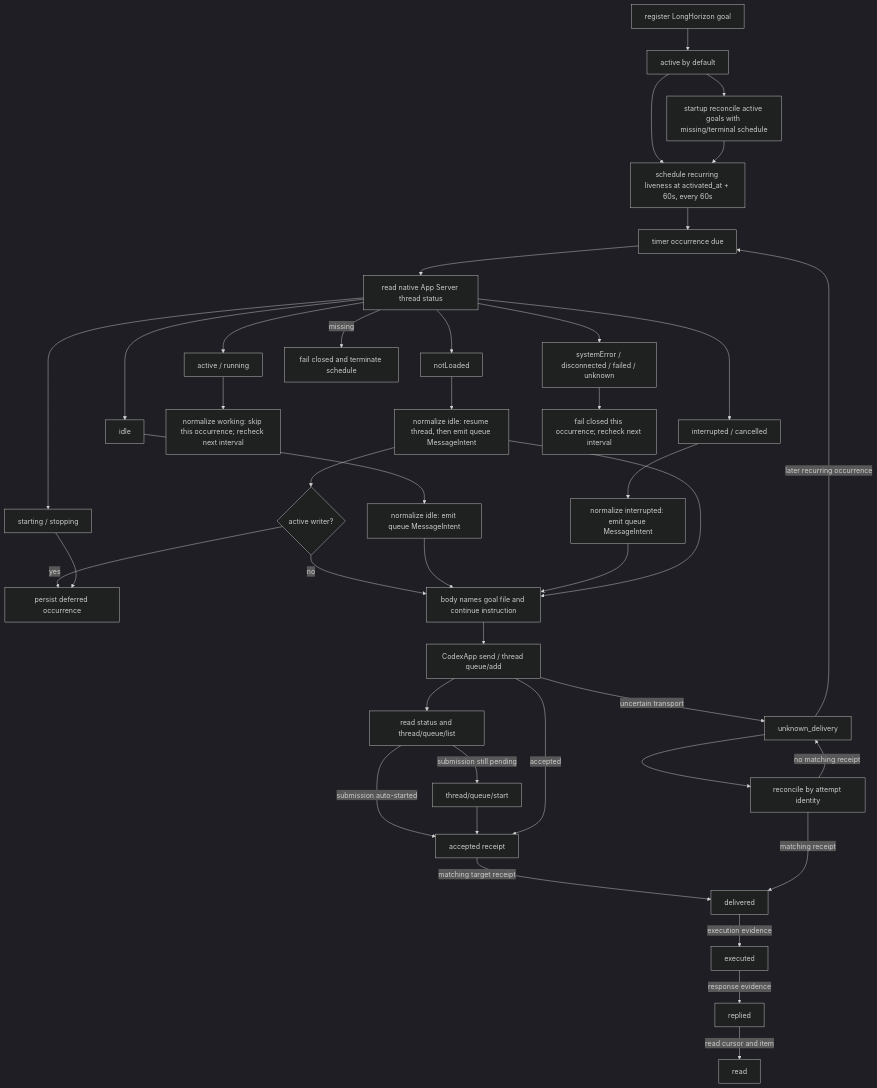
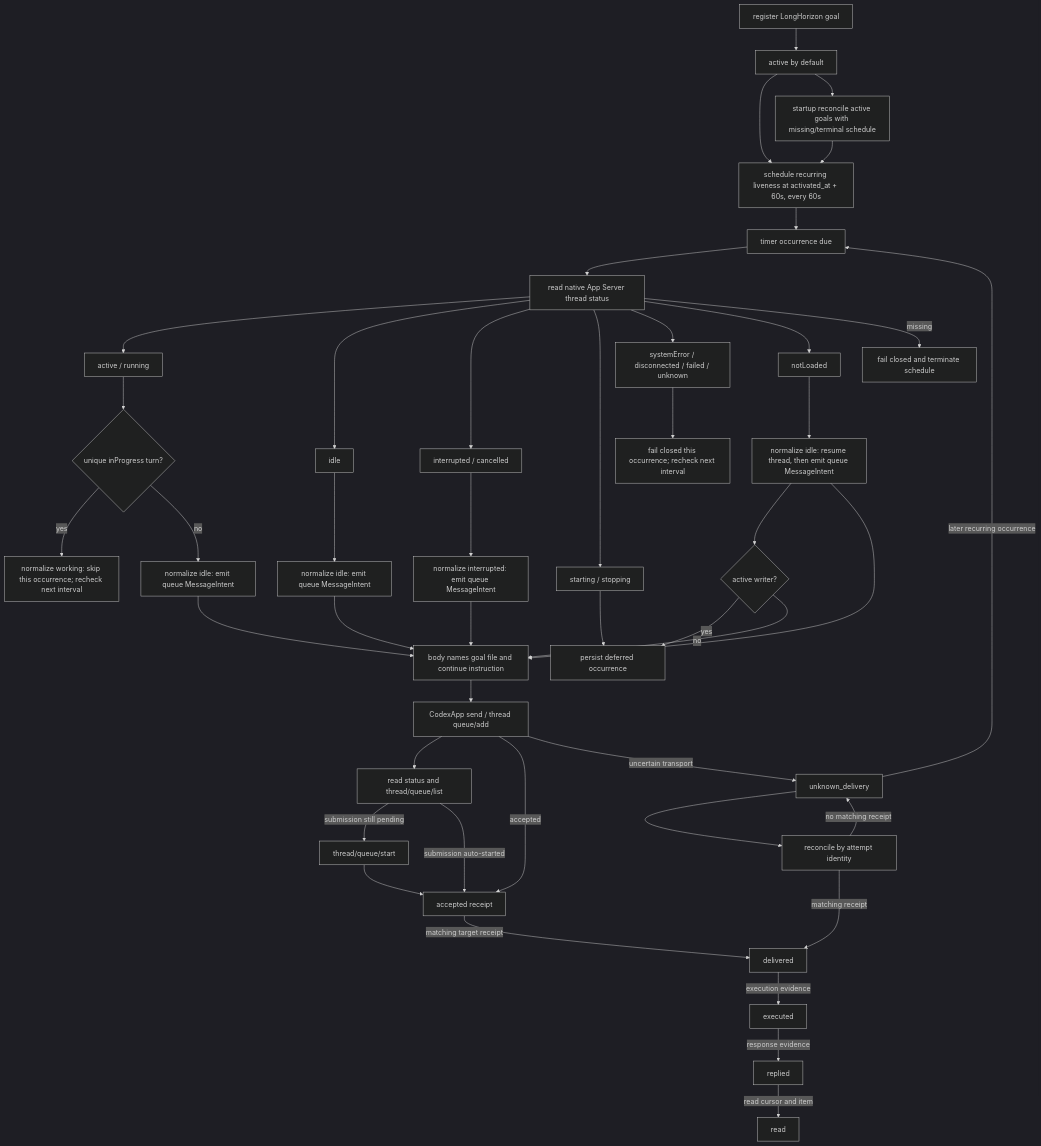
One commit to Jasonzhangf/codex-hooks changed the diagram in docs/design/rccs-notification-dag.md. Above: the diagram before and after it, drawn with Mermaid (dark theme). The commit also changed other lines of this file and 3 other files, not shown here.

````diff
--- a/docs/design/rccs-notification-dag.md
+++ b/docs/design/rccs-notification-dag.md
@@ -40,43 +42,46 @@
 ```mermaid
 flowchart TD
   A["register LongHorizon goal"] --> B["active by default"]
   B --> C["schedule recurring liveness at activated_at + 60s, every 60s"]
   B --> C2["startup reconcile active goals with missing/terminal schedule"]
   C2 --> C
   C --> D["timer occurrence due"]
   D --> E["read native App Server thread status"]
   E --> E1["active / running"]
+  E1 --> E1a{"unique inProgress turn?"}
+  E1a -->|yes| F["normalize working: skip this occurrence; recheck next interval"]
+  E1a -->|no| G1["normalize idle: emit queue MessageIntent"]
   E --> E2["idle"]
   E --> E3["interrupted / cancelled"]
   E --> E4["starting / stopping"]
   E --> E5["systemError / disconnected / failed / unknown"]
   E --> E6["notLoaded"]
-  E1 --> F["normalize working: skip this occurrence; recheck next interval"]
   E2 --> G["normalize idle: emit queue MessageIntent"]
   E3 --> G2["normalize interrupted: emit queue MessageIntent"]
   E6 --> G3["normalize idle: resume thread, then emit queue MessageIntent"]
   G3 --> G4{"active writer?"}
   G4 -->|yes| H1
   G4 -->|no| H
   G --> H["body names goal file and continue instruction"]
   G2 --> H
   G3 --> H
+  G1 --> H
   E4 --> H1["persist deferred occurrence"]
   E5 --> I["fail closed this occurrence; recheck next interval"]
   E -->|missing| I2["fail closed and terminate schedule"]
   H --> J["CodexApp send / thread queue/add"]
   J --> J2["read status and thread/queue/list"]
   J2 -->|submission still pending| J3["thread/queue/start"]
   J2 -->|submission auto-started| K
   J3 --> K
   J -->|accepted| K["accepted receipt"]
   K -->|matching target receipt| L["delivered"]
   L -->|execution evidence| M["executed"]
   M -->|response evidence| N["replied"]
   N -->|read cursor and item| O["read"]
   J -->|uncertain transport| P["unknown_delivery"]
   P --> Q["reconcile by attempt identity"]
   Q -->|matching receipt| L
   Q -->|no matching receipt| P
   P -->|later recurring occurrence| D
 ```
````
